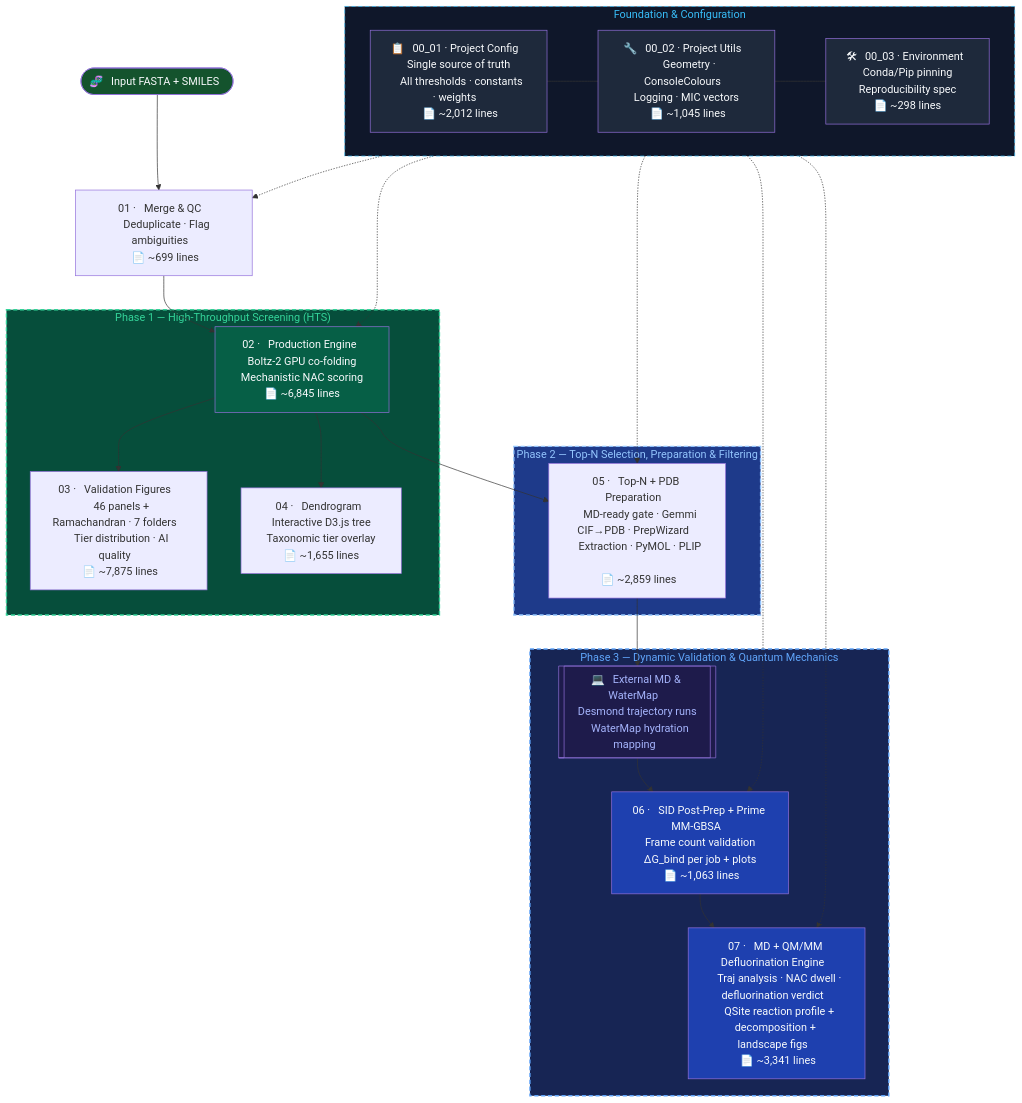
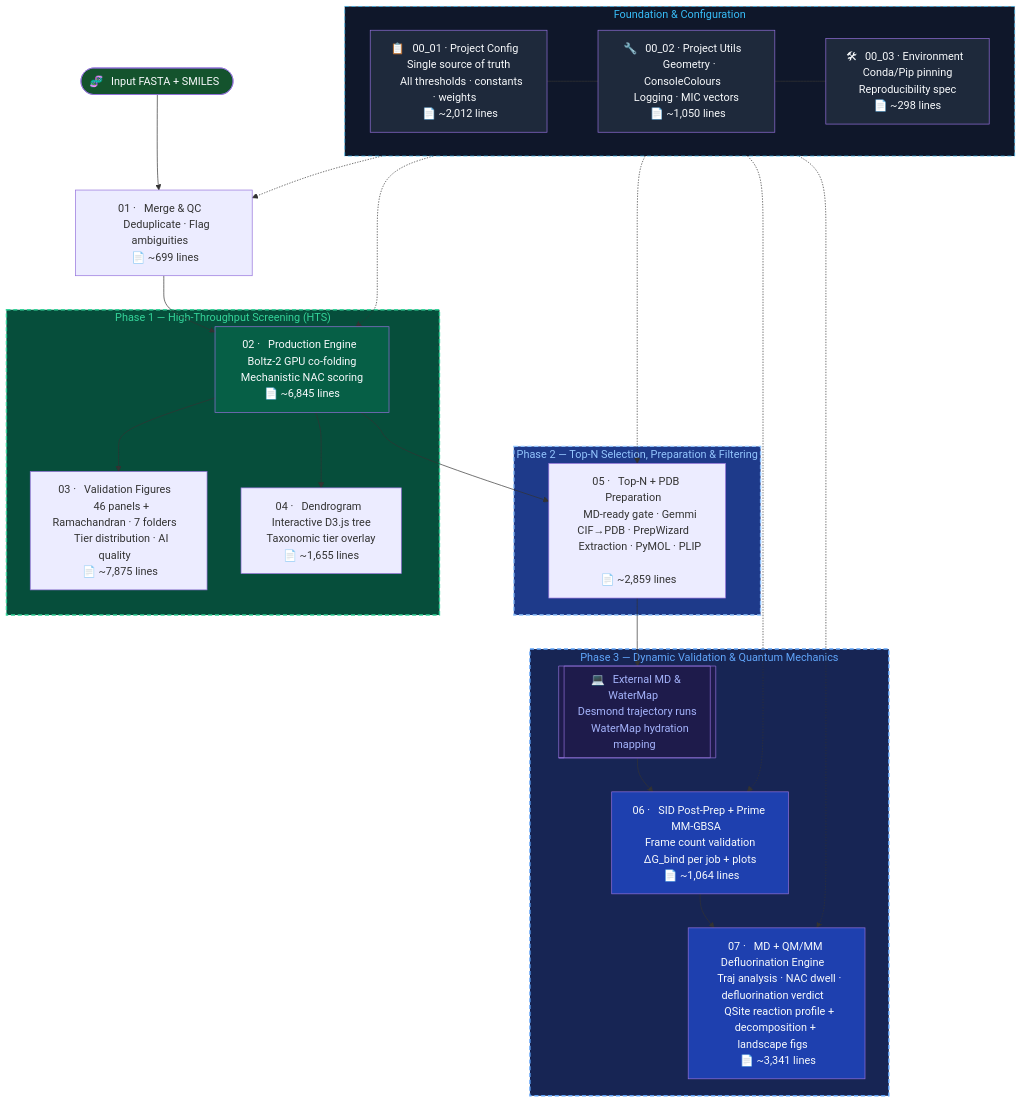
The diagram in README.md (KU-MGB/DeFluorX), drawn with Mermaid before and after one commit.

Commit message:
docs: sync README line counts (utils 1,050; 06 1,064) after final audit

````diff
--- a/README.md
+++ b/README.md
@@ -189,56 +189,56 @@
 ```mermaid
 flowchart TD
     subgraph FOUNDATION["  Foundation & Configuration  "]
         CFG["📋 &nbsp; 00_01 · Project Config &nbsp; \n &nbsp; Single source of truth &nbsp; \n &nbsp; All thresholds · constants · weights &nbsp; \n &nbsp; 📄 ~2,012 lines &nbsp; "]
-        UTL["🔧 &nbsp; 00_02 · Project Utils &nbsp; \n &nbsp; Geometry · ConsoleColours &nbsp; \n &nbsp; Logging · MIC vectors &nbsp; \n &nbsp; 📄 ~1,045 lines &nbsp; "]
+        UTL["🔧 &nbsp; 00_02 · Project Utils &nbsp; \n &nbsp; Geometry · ConsoleColours &nbsp; \n &nbsp; Logging · MIC vectors &nbsp; \n &nbsp; 📄 ~1,050 lines &nbsp; "]
         ENV["🛠 &nbsp; 00_03 · Environment &nbsp; \n &nbsp; Conda/Pip pinning &nbsp; \n &nbsp; Reproducibility spec &nbsp; \n &nbsp; 📄 ~298 lines &nbsp; "]
         CFG --- UTL --- ENV
     end
 
     START([🧬 &nbsp; Input FASTA + SMILES &nbsp;]) --> M1
     M1["01 · &nbsp; Merge & QC &nbsp; \n &nbsp; Deduplicate · Flag ambiguities &nbsp; \n &nbsp; 📄 ~699 lines &nbsp; "] --> M2
 
     subgraph PHASE1["  Phase 1 — High-Throughput Screening (HTS)  "]
         M2["02 · &nbsp; Production Engine &nbsp; \n &nbsp; Boltz-2 GPU co-folding &nbsp; \n &nbsp; Mechanistic NAC scoring &nbsp; \n &nbsp; 📄 ~6,845 lines &nbsp; "]
         M3["03 · &nbsp; Validation Figures &nbsp; \n &nbsp; 46 panels + Ramachandran · 7 folders &nbsp; \n &nbsp; Tier distribution · AI quality &nbsp; \n &nbsp; 📄 ~7,875 lines &nbsp; "]
         M4["04 · &nbsp; Dendrogram &nbsp; \n &nbsp; Interactive D3.js tree &nbsp; \n &nbsp; Taxonomic tier overlay &nbsp; \n &nbsp; 📄 ~1,655 lines &nbsp; "]
         M2 --> M3
         M2 --> M4
     end
 
     M2 --> M5
 
     subgraph PHASE2["  Phase 2 — Top-N Selection, Preparation & Filtering  "]
         M5["05 · &nbsp; Top-N + PDB Preparation &nbsp; \n &nbsp; MD-ready gate · Gemmi CIF→PDB · PrepWizard &nbsp; \n &nbsp; Extraction · PyMOL · PLIP &nbsp; \n &nbsp; 📄 ~2,859 lines &nbsp; "]
     end
 
     M5 --> EXT_MD
 
     subgraph PHASE3["  Phase 3 — Dynamic Validation & Quantum Mechanics  "]
         EXT_MD[["💻 &nbsp; External MD & WaterMap &nbsp; \n &nbsp; Desmond trajectory runs &nbsp; \n &nbsp; WaterMap hydration mapping &nbsp;"]]
-        M6["06 · &nbsp; SID Post-Prep + Prime MM-GBSA &nbsp; \n &nbsp; Frame count validation &nbsp; \n &nbsp; ΔG_bind per job + plots &nbsp; \n &nbsp; 📄 ~1,063 lines &nbsp; "]
+        M6["06 · &nbsp; SID Post-Prep + Prime MM-GBSA &nbsp; \n &nbsp; Frame count validation &nbsp; \n &nbsp; ΔG_bind per job + plots &nbsp; \n &nbsp; 📄 ~1,064 lines &nbsp; "]
         M7["07 · &nbsp; MD + QM/MM Defluorination Engine &nbsp; \n &nbsp; Traj analysis · NAC dwell · defluorination verdict &nbsp; \n &nbsp; QSite reaction profile + decomposition + landscape figs &nbsp; \n &nbsp; 📄 ~3,341 lines &nbsp; "]
         EXT_MD --> M6 --> M7
     end
 
     %% Dependencies
     FOUNDATION -.-> M1
     FOUNDATION -.-> M2
     FOUNDATION -.-> M5
     FOUNDATION -.-> M6
     FOUNDATION -.-> M7
 
     style FOUNDATION fill:#0f172a,color:#38bdf8,stroke:#38bdf8
     style CFG fill:#1e293b,color:#f8fafc
     style UTL fill:#1e293b,color:#f8fafc
     style ENV fill:#1e293b,color:#f8fafc
     style PHASE1 fill:#064e3b,color:#34d399,stroke:#34d399,stroke-width:2px,stroke-dasharray: 6 4
     style PHASE2 fill:#1e3a8a,color:#93c5fd,stroke:#93c5fd,stroke-width:2px,stroke-dasharray: 6 4
     style PHASE3 fill:#172554,color:#60a5fa,stroke:#60a5fa,stroke-width:2px,stroke-dasharray: 6 4
     style FOUNDATION stroke-dasharray: 6 4
     style M2 fill:#065f46,color:#f8fafc
     style M6 fill:#1e40af,color:#f8fafc
     style M7 fill:#1e40af,color:#f8fafc
     style START fill:#14532d,color:#f8fafc
     style EXT_MD fill:#1e1b4b,color:#a5b4fc
 ```
````
